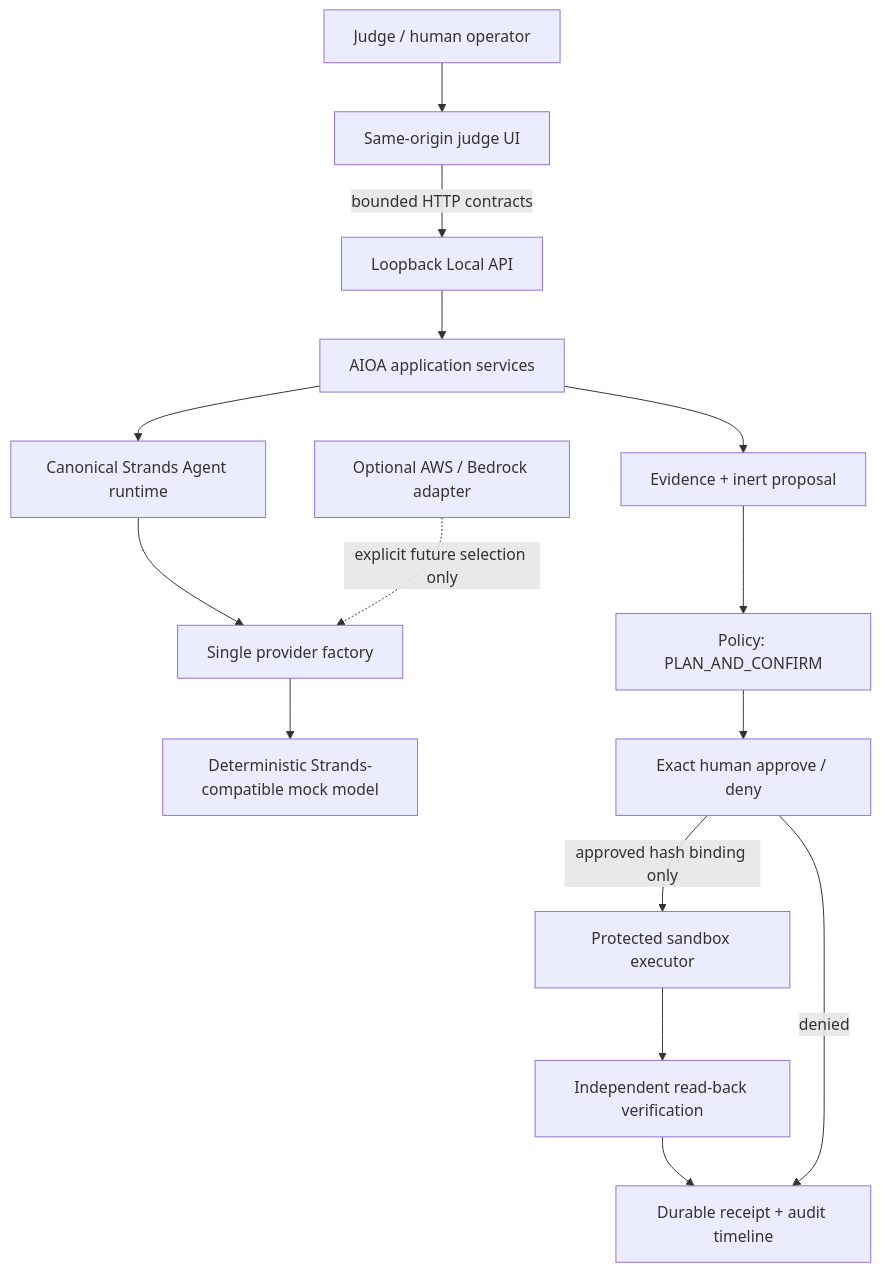
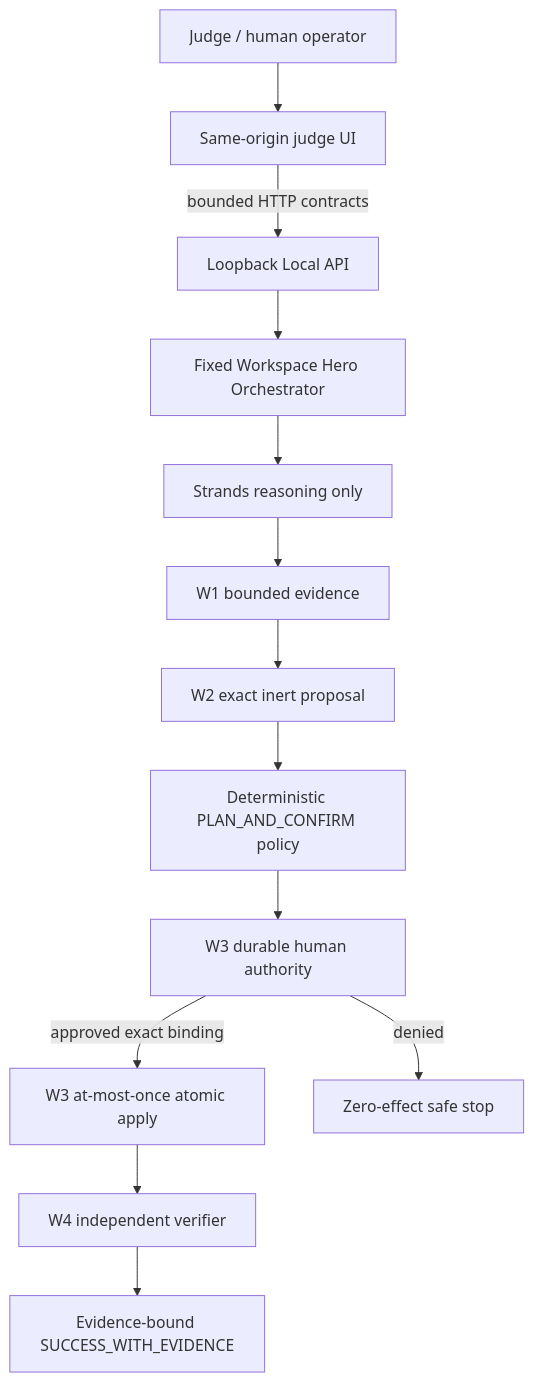
Before and after one commit to luciferprosun/AIOA-NonZero-CloudOps-Agent: the diagram in docs/JUDGE_EXPERIENCE.md, drawn with Mermaid. The commit also changed other lines of this file and 5 other files, not shown here.

````diff
--- a/docs/JUDGE_EXPERIENCE.md
+++ b/docs/JUDGE_EXPERIENCE.md
@@ -53,17 +62,15 @@
 ```mermaid
 flowchart TD
     U[Judge / human operator] --> UI[Same-origin judge UI]
     UI -->|bounded HTTP contracts| API[Loopback Local API]
-    API --> AIOA[AIOA application services]
-    AIOA --> SA[Canonical Strands Agent runtime]
-    SA --> PF[Single provider factory]
-    PF --> MP[Deterministic Strands-compatible mock model]
-    AIOA --> E[Evidence + inert proposal]
-    E --> P[Policy: PLAN_AND_CONFIRM]
-    P --> H[Exact human approve / deny]
-    H -->|approved hash binding only| X[Protected sandbox executor]
-    X --> V[Independent read-back verification]
-    V --> D[Durable receipt + audit timeline]
-    H -->|denied| D
-    AWS[Optional AWS / Bedrock adapter] -. explicit future selection only .-> PF
+    API --> O[Fixed Workspace Hero Orchestrator]
+    O --> SA[Strands reasoning only]
+    SA --> E[W1 bounded evidence]
+    E --> P[W2 exact inert proposal]
+    P --> C[Deterministic PLAN_AND_CONFIRM policy]
+    C --> H[W3 durable human authority]
+    H -->|approved exact binding| X[W3 at-most-once atomic apply]
+    X --> V[W4 independent verifier]
+    V --> D[Evidence-bound SUCCESS_WITH_EVIDENCE]
+    H -->|denied| Z[Zero-effect safe stop]
 ```
````
